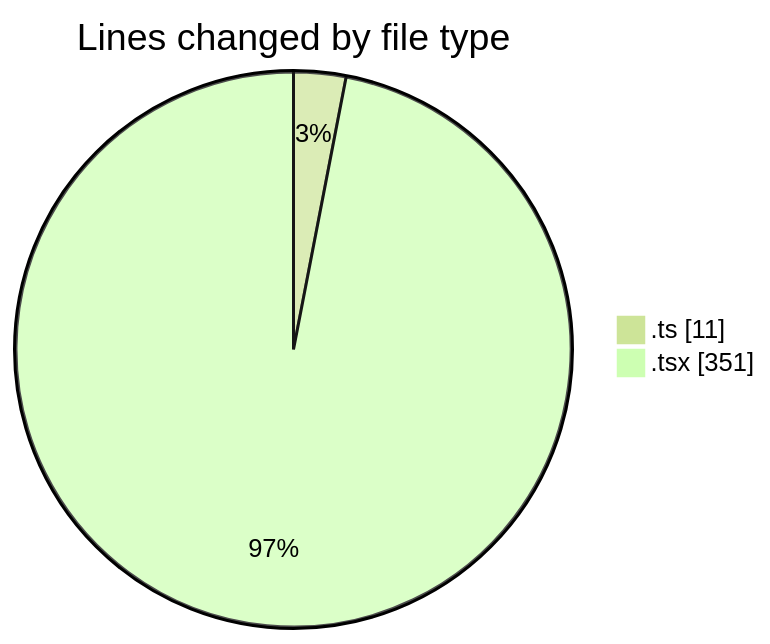
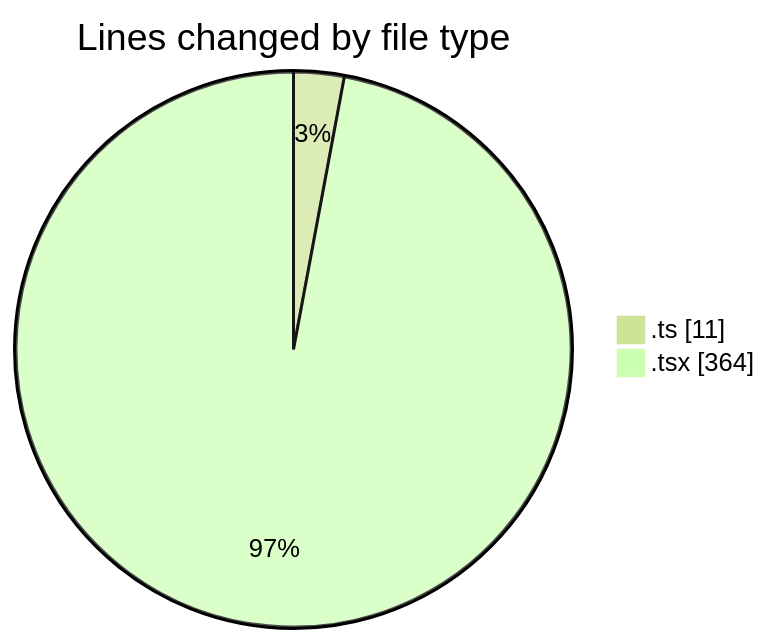
One commit to momahboobian/code-tracking changed the first of 2 diagrams in 2025-03-21/cda/README.md. Above: the diagram before and after it, drawn with Mermaid (forest theme). The commit also changed other lines of this file and 1 other file, not shown here.

````diff
--- a/2025-03-21/cda/README.md
+++ b/2025-03-21/cda/README.md
@@ -23,6 +23,6 @@
 ```mermaid
 pie showData
 title Lines changed by file type
 ".ts" : 11
-".tsx" : 351
+".tsx" : 364
 ```
````
